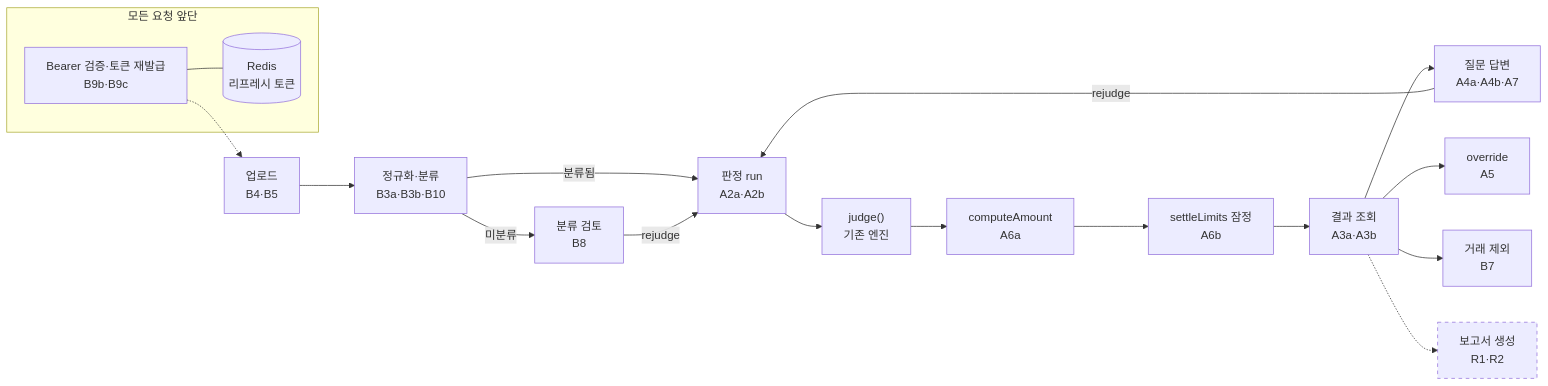
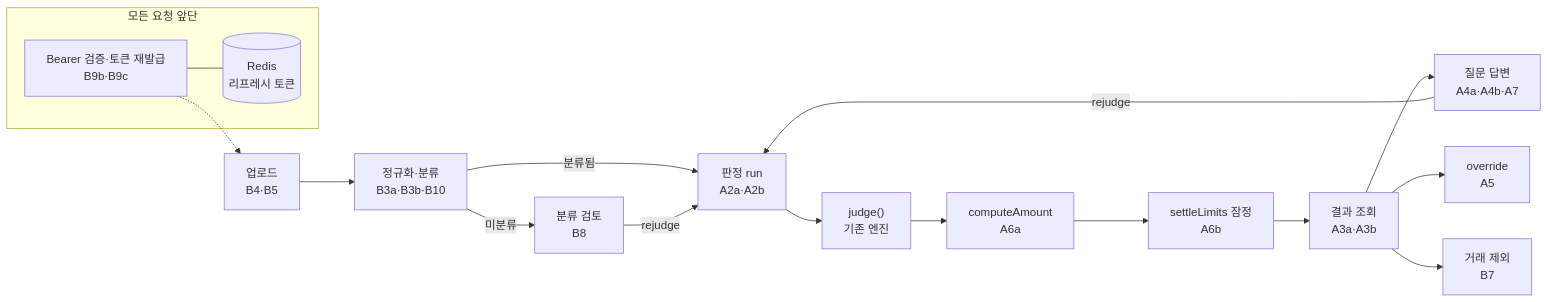
One commit to RainDrop3/ktc4-pusan-4 changed the third of 4 diagrams in docs/backend_api_plan.md. Above: the diagram before and after it, drawn with Mermaid. The commit also changed other lines of this file and 3 other files, not shown here.

````diff
--- a/docs/backend_api_plan.md
+++ b/docs/backend_api_plan.md
@@ -140,21 +139,19 @@
 ```mermaid
 flowchart LR
     U["업로드<br/>B4·B5"] --> N["정규화·분류<br/>B3a·B3b·B10"]
     N -->|미분류| CR["분류 검토<br/>B8"]
     N -->|분류됨| R["판정 run<br/>A2a·A2b"]
     CR -->|rejudge| R
     R --> J["judge()<br/>기존 엔진"]
     J --> C["computeAmount<br/>A6a"]
     C --> L["settleLimits 잠정<br/>A6b"]
     L --> Q["결과 조회<br/>A3a·A3b"]
     Q --> QA["질문 답변<br/>A4a·A4b·A7"]
     QA -->|rejudge| R
     Q --> O["override<br/>A5"]
     Q --> X["거래 제외<br/>B7"]
-    Q -.-> RP["보고서 생성<br/>R1·R2"]
     subgraph AUTH["모든 요청 앞단"]
         T["Bearer 검증·토큰 재발급<br/>B9b·B9c"] --- RD[("Redis<br/>리프레시 토큰")]
     end
     T -.-> U
-    style RP stroke-dasharray: 5 5
 ```
````
